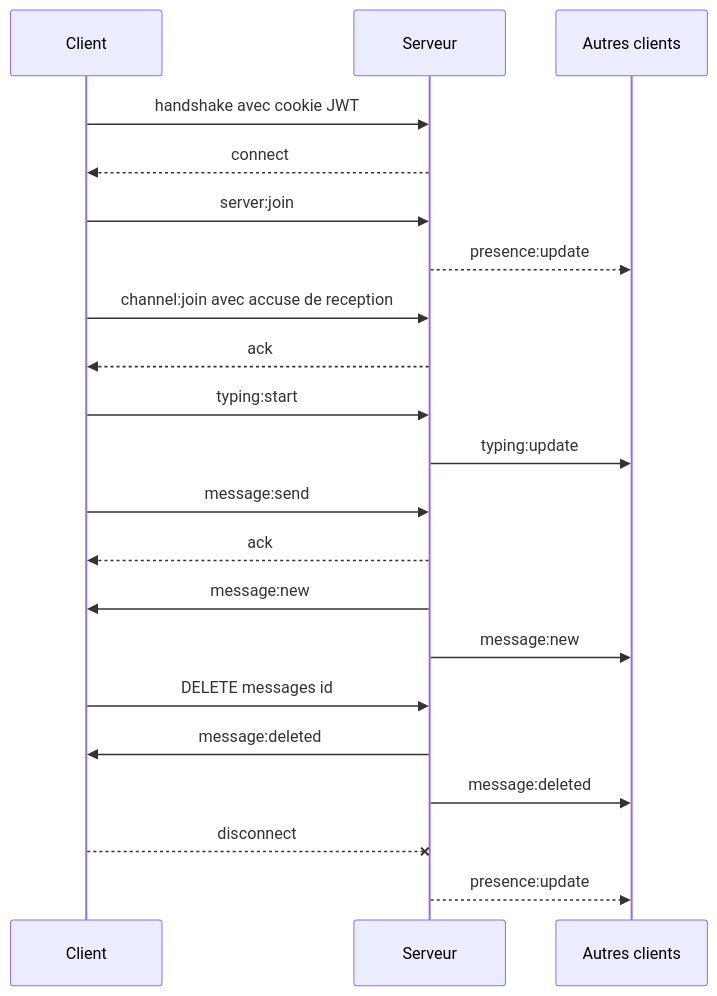
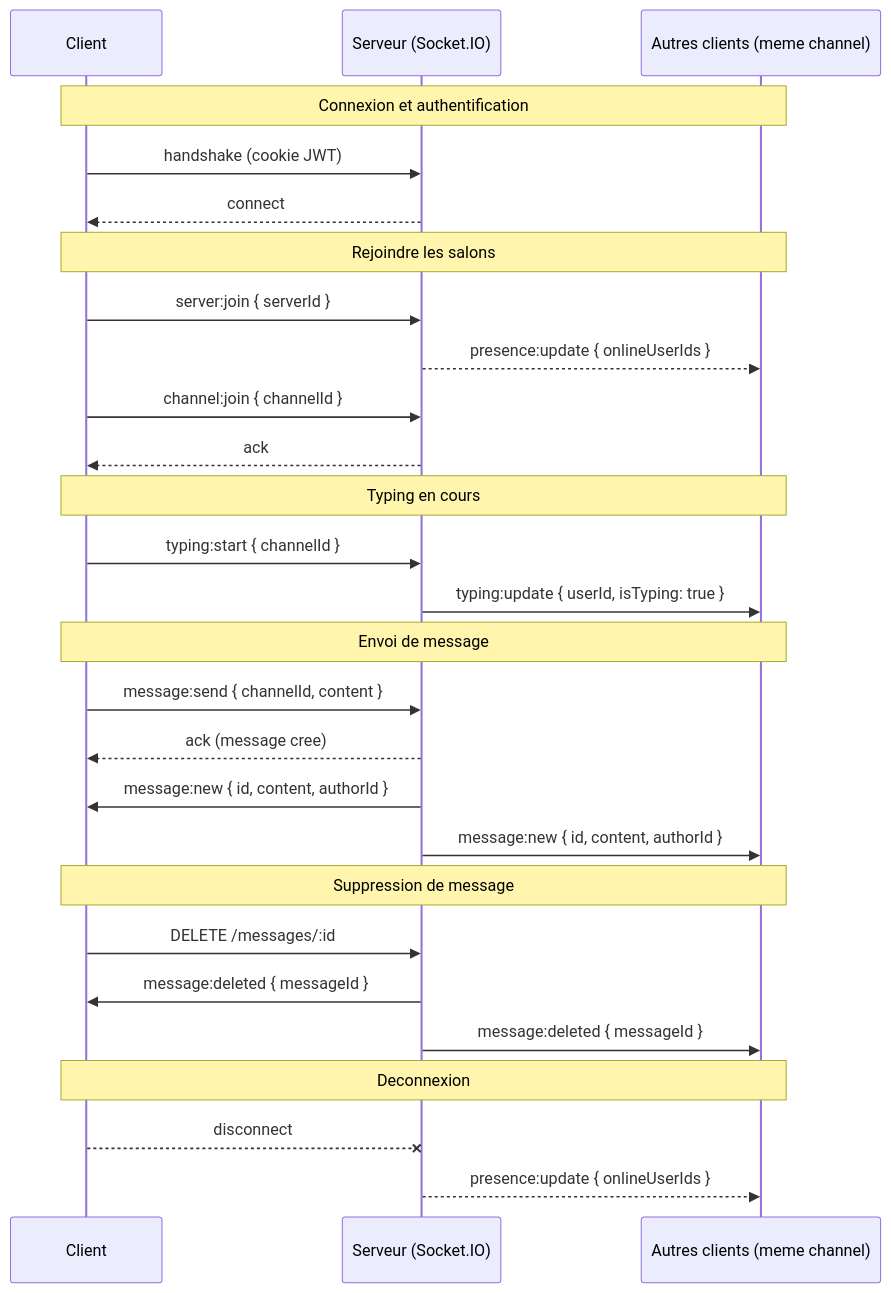
The second of 2 diagrams in README.md (LeM701/rtc-project), drawn with Mermaid before and after one commit.

Commit message:
fix: Fix mermaid graphics

````diff
--- a/README.md
+++ b/README.md
@@ -165,24 +165,35 @@
 ```mermaid
 sequenceDiagram
     participant C as Client
-    participant S as Serveur
-    participant O as Autres clients
+    participant S as Serveur (Socket.IO)
+    participant O as Autres clients (meme channel)
 
-    C->>S: handshake avec cookie JWT
+    Note over C, O: Connexion et authentification
+    C->>S: handshake (cookie JWT)
     S-->>C: connect
-    C->>S: server:join
-    S-->>O: presence:update
-    C->>S: channel:join avec accuse de reception
+
+    Note over C, O: Rejoindre les salons
+    C->>S: server:join { serverId }
+    S-->>O: presence:update { onlineUserIds }
+    C->>S: channel:join { channelId }
     S-->>C: ack
-    C->>S: typing:start
-    S->>O: typing:update
-    C->>S: message:send
-    S-->>C: ack
-    S->>C: message:new
-    S->>O: message:new
-    C->>S: DELETE messages id
-    S->>C: message:deleted
-    S->>O: message:deleted
+
+    Note over C, O: Typing en cours
+    C->>S: typing:start { channelId }
+    S->>O: typing:update { userId, isTyping: true }
+
+    Note over C, O: Envoi de message
+    C->>S: message:send { channelId, content }
+    S-->>C: ack (message cree)
+    S->>C: message:new { id, content, authorId }
+    S->>O: message:new { id, content, authorId }
+
+    Note over C, O: Suppression de message
+    C->>S: DELETE /messages/:id
+    S->>C: message:deleted { messageId }
+    S->>O: message:deleted { messageId }
+
+    Note over C, O: Deconnexion
     C--xS: disconnect
-    S-->>O: presence:update
+    S-->>O: presence:update { onlineUserIds }
 ```
````
